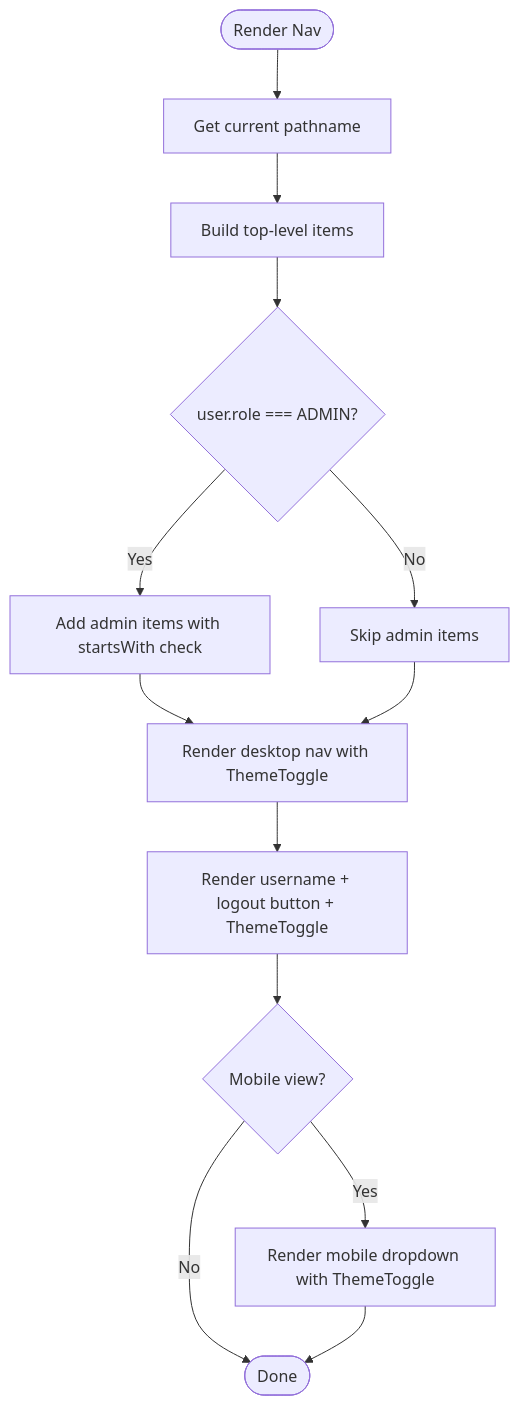
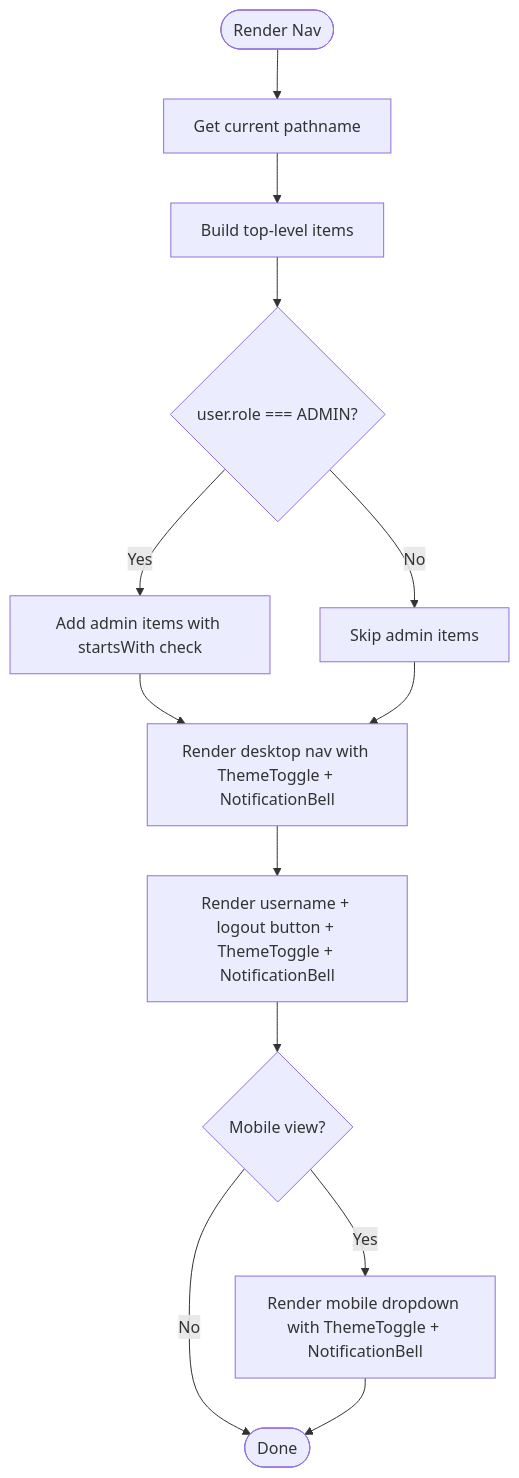
One commit to jrj444/git-daily changed the third of 10 diagrams in .qoder/repowiki/en/content/Frontend Components/Navigation and UI Elements.md. Above: the diagram before and after it, drawn with Mermaid. The commit also changed other lines of this file and 12 other files, not shown here.

````diff
--- a/.qoder/repowiki/en/content/Frontend Components/Navigation and UI Elements.md
+++ b/.qoder/repowiki/en/content/Frontend Components/Navigation and UI Elements.md
@@ -219,15 +254,15 @@
 ```mermaid
 flowchart TD
 Start(["Render Nav"]) --> GetPath["Get current pathname"]
 GetPath --> BuildItems["Build top-level items"]
 BuildItems --> CheckAdmin{"user.role === ADMIN?"}
 CheckAdmin --> |Yes| AddAdmin["Add admin items with startsWith check"]
 CheckAdmin --> |No| SkipAdmin["Skip admin items"]
-AddAdmin --> RenderDesktop["Render desktop nav with ThemeToggle"]
+AddAdmin --> RenderDesktop["Render desktop nav with ThemeToggle + NotificationBell"]
 SkipAdmin --> RenderDesktop
-RenderDesktop --> UserMenu["Render username + logout button + ThemeToggle"]
+RenderDesktop --> UserMenu["Render username + logout button + ThemeToggle + NotificationBell"]
 UserMenu --> CheckMobile{"Mobile view?"}
-CheckMobile --> |Yes| RenderMobile["Render mobile dropdown with ThemeToggle"]
+CheckMobile --> |Yes| RenderMobile["Render mobile dropdown with ThemeToggle + NotificationBell"]
 CheckMobile --> |No| End(["Done"])
 RenderMobile --> End
 ```
````
